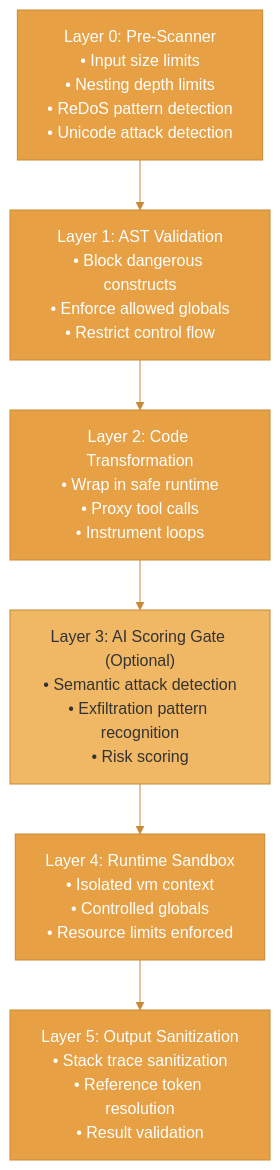
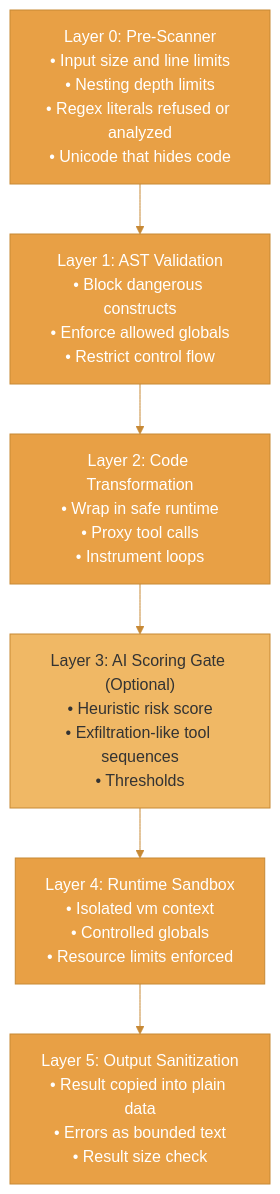
One commit to agentfront/enclave changed the diagram in docs/enclave/concepts/security-model.mdx. Above: the diagram before and after it, drawn with Mermaid. The commit also changed other lines of this file and 245 other files, not shown here.

````diff
--- a/docs/enclave/concepts/security-model.mdx
+++ b/docs/enclave/concepts/security-model.mdx
@@ -10,19 +10,19 @@
 ```mermaid
 %%{init: {'theme': 'base', 'themeVariables': { 'primaryColor': '#e8a045', 'primaryTextColor': '#fff', 'primaryBorderColor': '#c78935', 'lineColor': '#c78935', 'secondaryColor': '#f0b865', 'tertiaryColor': '#fff5e6'}}}%%
 flowchart TD
-    L0["Layer 0: Pre-Scanner<br/>• Input size limits<br/>• Nesting depth limits<br/>• ReDoS pattern detection<br/>• Unicode attack detection"]
+    L0["Layer 0: Pre-Scanner<br/>• Input size and line limits<br/>• Nesting depth limits<br/>• Regex literals refused or analyzed<br/>• Unicode that hides code"]
     L1["Layer 1: AST Validation<br/>• Block dangerous constructs<br/>• Enforce allowed globals<br/>• Restrict control flow"]
     L2["Layer 2: Code Transformation<br/>• Wrap in safe runtime<br/>• Proxy tool calls<br/>• Instrument loops"]
-    L3["Layer 3: AI Scoring Gate (Optional)<br/>• Semantic attack detection<br/>• Exfiltration pattern recognition<br/>• Risk scoring"]
+    L3["Layer 3: AI Scoring Gate (Optional)<br/>• Heuristic risk score<br/>• Exfiltration-like tool sequences<br/>• Thresholds"]
     L4["Layer 4: Runtime Sandbox<br/>• Isolated vm context<br/>• Controlled globals<br/>• Resource limits enforced"]
-    L5["Layer 5: Output Sanitization<br/>• Stack trace sanitization<br/>• Reference token resolution<br/>• Result validation"]
+    L5["Layer 5: Output Sanitization<br/>• Result copied into plain data<br/>• Errors as bounded text<br/>• Result size check"]
 
     L0 --> L1 --> L2 --> L3 --> L4 --> L5
 
     style L0 fill:#e8a045,stroke:#c78935,color:#fff
     style L1 fill:#e8a045,stroke:#c78935,color:#fff
     style L2 fill:#e8a045,stroke:#c78935,color:#fff
     style L3 fill:#f0b865,stroke:#c78935,color:#333
     style L4 fill:#e8a045,stroke:#c78935,color:#fff
     style L5 fill:#e8a045,stroke:#c78935,color:#fff
 ```
````
